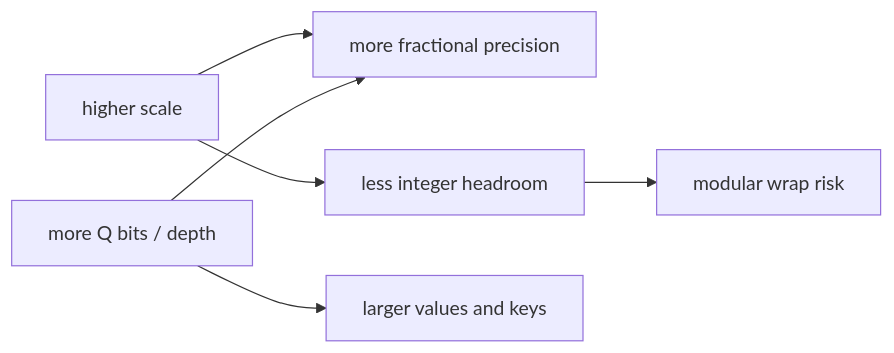
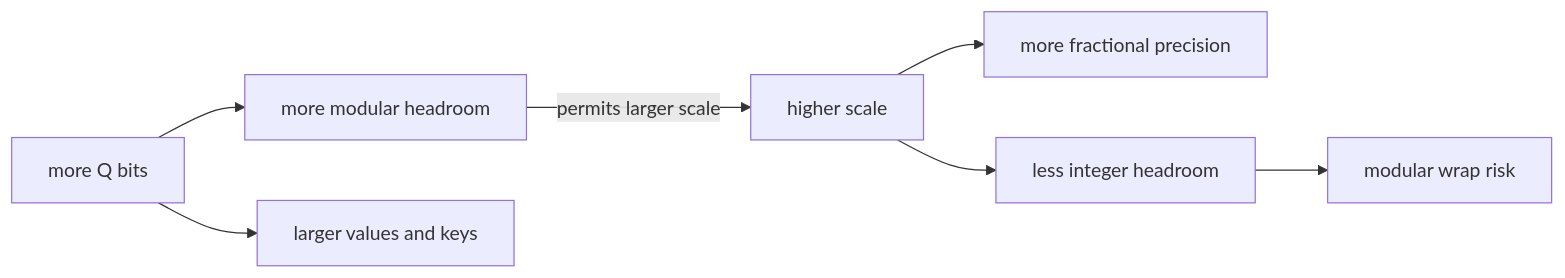
Before and after one commit to visualDust/fhelium: the fifth of 7 diagrams in docs/concepts/performance/cost-model.md, drawn with Mermaid. The commit also changed other lines of this file and 426 other files, not shown here.

````diff
--- a/docs/concepts/performance/cost-model.md
+++ b/docs/concepts/performance/cost-model.md
@@ -222,13 +189,15 @@
 ```mermaid
 graph LR
     S[higher scale]
     P[more fractional precision]
     H[less integer headroom]
     W[modular wrap risk]
-    Q[more Q bits / depth]
+    Q[more Q bits]
+    CAP[more modular headroom]
     M[larger values and keys]
     S --> P
     S --> H --> W
-    Q --> P
+    Q --> CAP
+    CAP -->|permits larger scale| S
     Q --> M
 ```
````
